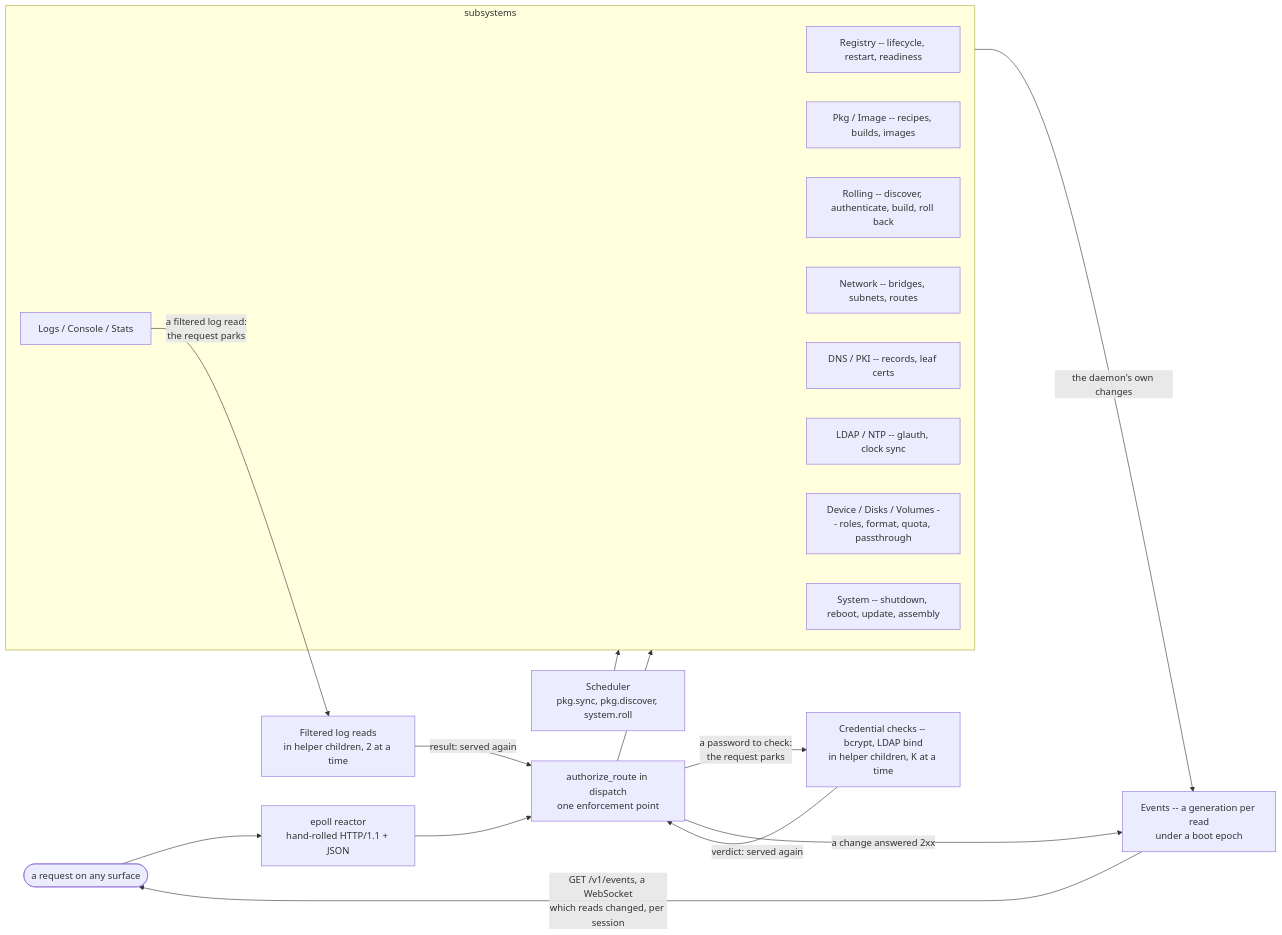
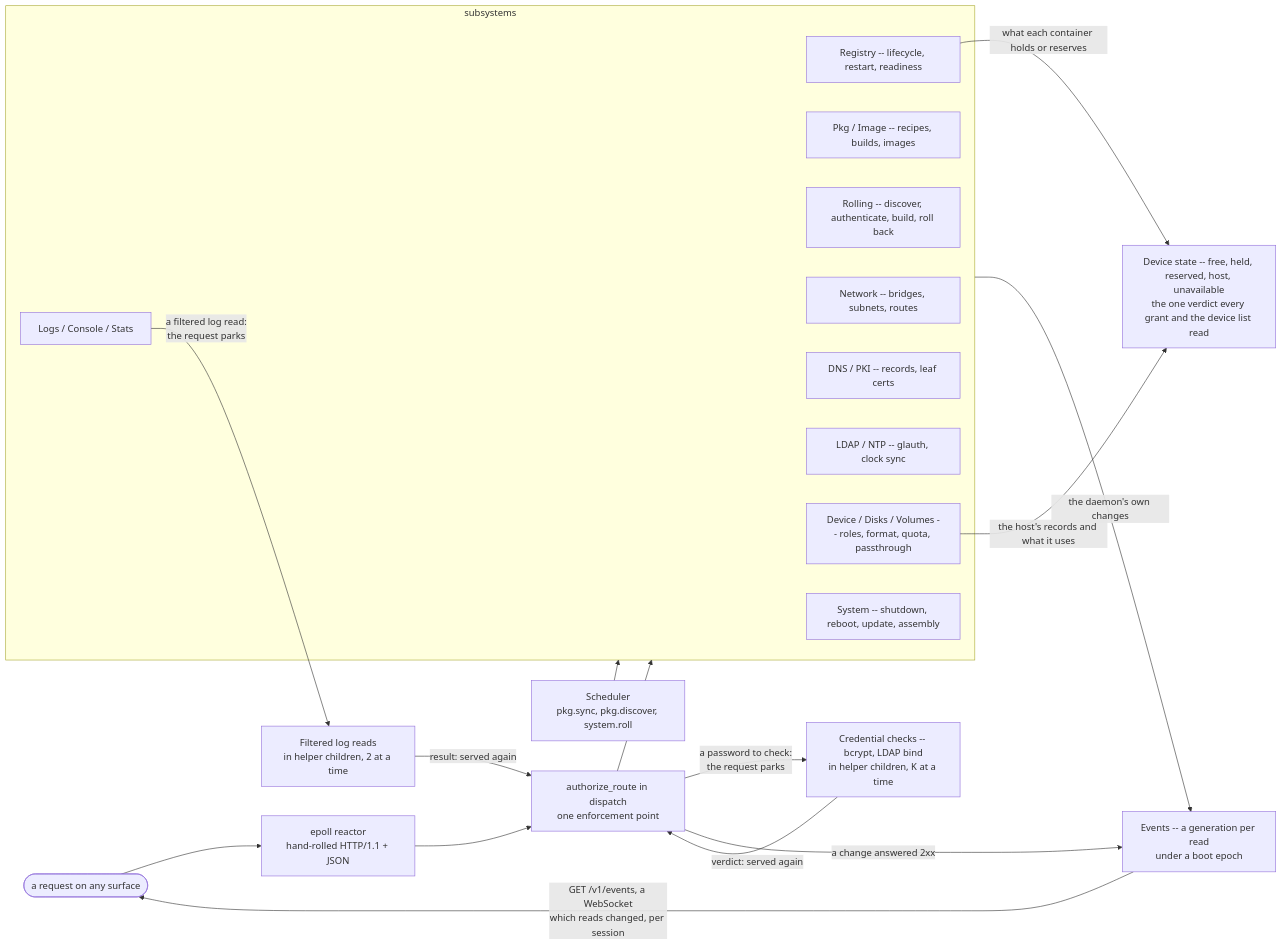
The second of 6 diagrams in docs/architecture/architecture.md (The-Cix-Project/cix), drawn with Mermaid before and after one commit. The commit also changed other lines of this file and 34 other files, not shown here.

First line of the commit message:
A device is one record with one state, and every grant asks it (#620, ADR-0344)

````diff
--- a/docs/architecture/architecture.md
+++ b/docs/architecture/architecture.md
@@ -41,27 +41,30 @@
 ```mermaid
 flowchart LR
     req(["a request on any surface"]) --> reactor
     reactor["epoll reactor<br/>hand-rolled HTTP/1.1 + JSON"] --> rbac
     rbac -- "a password to check:<br/>the request parks" --> credcheck
     credcheck["Credential checks -- bcrypt, LDAP bind<br/>in helper children, K at a time"] -- "verdict: served again" --> rbac
     rbac["authorize_route in dispatch<br/>one enforcement point"] --> subsys
     sched["Scheduler<br/>pkg.sync, pkg.discover, system.roll"] --> subsys
     rbac -- "a change answered 2xx" --> events
     subsys -- "the daemon's own changes" --> events
     events["Events -- a generation per read<br/>under a boot epoch"]
     events -- "GET /v1/events, a WebSocket<br/>which reads changed, per session" --> req
 
     subgraph subsys["subsystems"]
         registry["Registry -- lifecycle, restart, readiness"]
         pkgimg["Pkg / Image -- recipes, builds, images"]
         rolling["Rolling -- discover, authenticate, build, roll back"]
         network["Network -- bridges, subnets, routes"]
         dnspki["DNS / PKI -- records, leaf certs"]
         ldapntp["LDAP / NTP -- glauth, clock sync"]
         devdisk["Device / Disks / Volumes -- roles, format, quota, passthrough"]
         system["System -- shutdown, reboot, update, assembly"]
         logs["Logs / Console / Stats"]
     end
+    registry -- "what each container holds or reserves" --> devstate
+    devdisk -- "the host's records and what it uses" --> devstate
+    devstate["Device state -- free, held, reserved, host, unavailable<br/>the one verdict every grant and the device list read"]
     logs -- "a filtered log read:<br/>the request parks" --> logread
     logread["Filtered log reads<br/>in helper children, 2 at a time"] -- "result: served again" --> rbac
 ```
````
